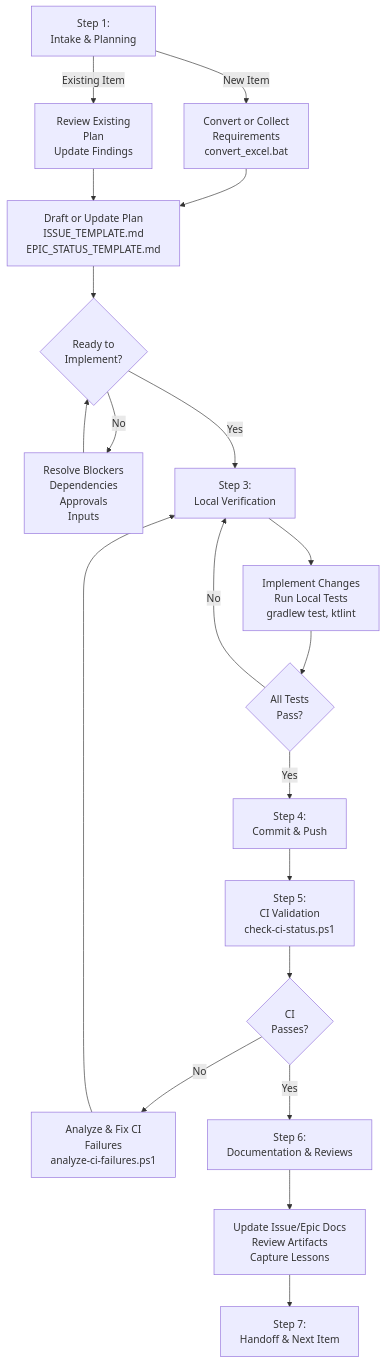
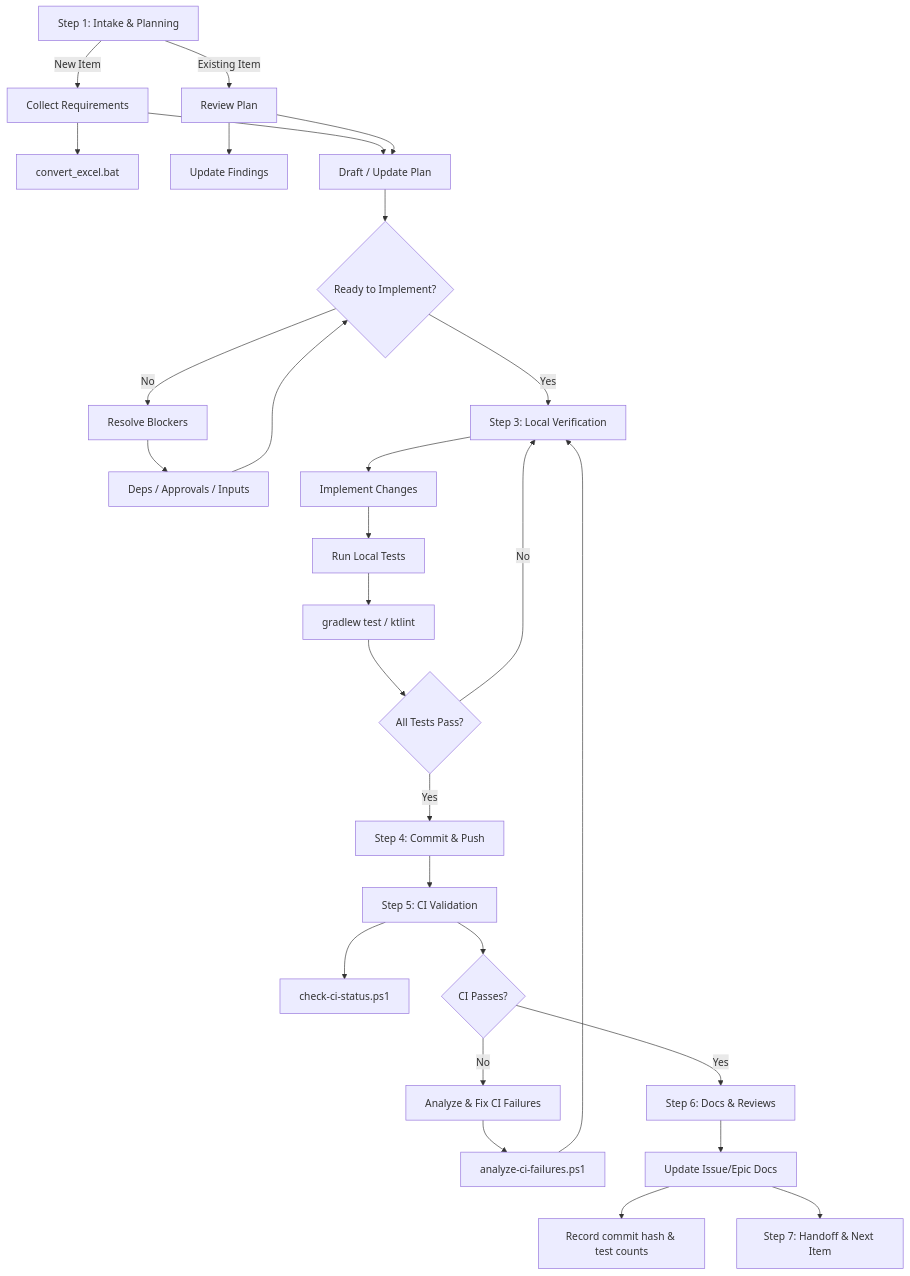
One commit to patrick-bozek-fmps/FMPS_AutoTraderApplication changed the diagram in 03_Development/Application_OnPremises/Cursor/Development_Handbook/DEVELOPMENT_WORKFLOW_DRAFT.md. Above: the diagram before and after it, drawn with Mermaid.

Commit message:
docs: sync workflow draft updates

````diff
--- a/03_Development/Application_OnPremises/Cursor/Development_Handbook/DEVELOPMENT_WORKFLOW_DRAFT.md
+++ b/03_Development/Application_OnPremises/Cursor/Development_Handbook/DEVELOPMENT_WORKFLOW_DRAFT.md
@@ -13,30 +13,39 @@
 ```mermaid
 flowchart TD
 
-A[Step 1:\nIntake & Planning] -->|New Item| B1[Convert or Collect\nRequirements\nconvert_excel.bat]
-A -->|Existing Item| B2[Review Existing\nPlan\nUpdate Findings]
+A[Step 1: Intake & Planning] -->|New Item| B1[Collect Requirements]
+A -->|Existing Item| B2[Review Plan]
 
-B1 --> C[Draft or Update Plan\nISSUE_TEMPLATE.md\nEPIC_STATUS_TEMPLATE.md]
+B1 --> B1a[convert_excel.bat]
+B2 --> B2a[Update Findings]
+
+B1 --> C[Draft / Update Plan]
 B2 --> C
-C --> D{Ready to\nImplement?}
+C --> D{Ready to Implement?}
 
-D -->|No| E[Resolve Blockers\nDependencies\nApprovals\nInputs]
-E --> D
-D -->|Yes| F[Step 3:\nLocal Verification]
+D -->|No| E[Resolve Blockers]
+E --> E1[Deps / Approvals / Inputs]
+E1 --> D
+D -->|Yes| F[Step 3: Local Verification]
 
-F --> G[Implement Changes\nRun Local Tests\ngradlew test, ktlint]
-G --> H{All Tests\nPass?}
+F --> G[Implement Changes]
+G --> G1[Run Local Tests]
+G1 --> G2[gradlew test / ktlint]
+G2 --> H{All Tests Pass?}
 
 H -->|No| F
-H -->|Yes| I[Step 4:\nCommit & Push]
+H -->|Yes| I[Step 4: Commit & Push]
 
-I --> J[Step 5:\nCI Validation\ncheck-ci-status.ps1]
-J --> K{CI\nPasses?}
+I --> J[Step 5: CI Validation]
+J --> J1[check-ci-status.ps1]
+J --> K{CI Passes?}
 
-K -->|No| L[Analyze & Fix CI\nFailures\nanalyze-ci-failures.ps1]
-L --> F
-K -->|Yes| M[Step 6:\nDocumentation & Reviews]
+K -->|No| L[Analyze & Fix CI Failures]
+L --> L1[analyze-ci-failures.ps1]
+L1 --> F
+K -->|Yes| M[Step 6: Docs & Reviews]
 
-M --> N[Update Issue/Epic Docs\nReview Artifacts\nCapture Lessons]
-N --> O[Step 7:\nHandoff & Next Item]
+M --> N[Update Issue/Epic Docs]
+N --> N1[Record commit hash & test counts]
+N --> O[Step 7: Handoff & Next Item]
 ```
````
